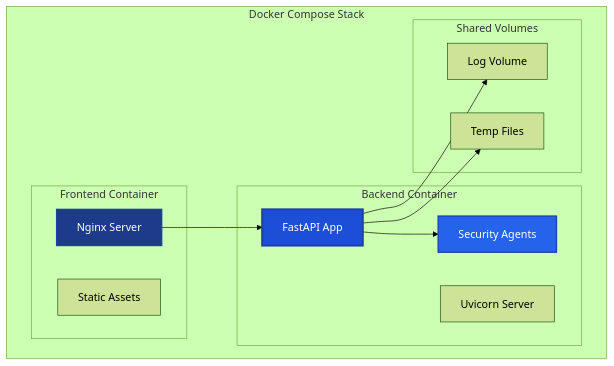
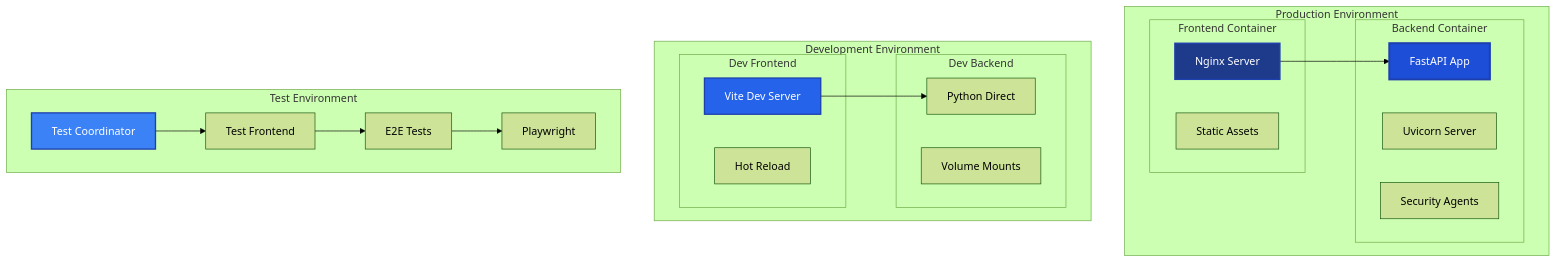
Before and after one commit to paulJRCurtis/strands: the eighth of 11 diagrams in documentation/TECHNICAL_DESIGN.md, drawn with Mermaid (forest theme). The commit also changed other lines of this file and 70 other files, not shown here.

````diff
--- a/documentation/TECHNICAL_DESIGN.md
+++ b/documentation/TECHNICAL_DESIGN.md
@@ -423,29 +423,45 @@
 ```mermaid
 graph TB
-    subgraph "Docker Compose Stack"
+    subgraph "Production Environment"
         subgraph "Frontend Container"
             NGINX[Nginx Server]
             STATIC[Static Assets]
         end
         
         subgraph "Backend Container"
             FASTAPI[FastAPI App]
             UVICORN[Uvicorn Server]
             AGENTS[Security Agents]
         end
+    end
+    
+    subgraph "Development Environment"
+        subgraph "Dev Frontend"
+            VITE[Vite Dev Server]
+            HOTRELOAD[Hot Reload]
+        end
         
-        subgraph "Shared Volumes"
-            LOGS[Log Volume]
-            TEMP[Temp Files]
+        subgraph "Dev Backend"
+            PYTHON[Python Direct]
+            VOLUMES[Volume Mounts]
         end
     end
     
+    subgraph "Test Environment"
+        TEST_COORD[Test Coordinator]
+        TEST_FRONTEND[Test Frontend]
+        E2E_TESTS[E2E Tests]
+        PLAYWRIGHT[Playwright]
+    end
+    
     NGINX --> FASTAPI
-    FASTAPI --> AGENTS
-    FASTAPI --> LOGS
-    FASTAPI --> TEMP
+    VITE --> PYTHON
+    TEST_COORD --> TEST_FRONTEND
+    TEST_FRONTEND --> E2E_TESTS
+    E2E_TESTS --> PLAYWRIGHT
     
     style NGINX fill:#1e3a8a,stroke:#1e40af,stroke-width:2px,color:#ffffff
     style FASTAPI fill:#1d4ed8,stroke:#1e40af,stroke-width:3px,color:#ffffff
-    style AGENTS fill:#2563eb,stroke:#1e40af,stroke-width:2px,color:#ffffff
+    style VITE fill:#2563eb,stroke:#1e40af,stroke-width:2px,color:#ffffff
+    style TEST_COORD fill:#3b82f6,stroke:#1e40af,stroke-width:2px,color:#ffffff
 ```
````
